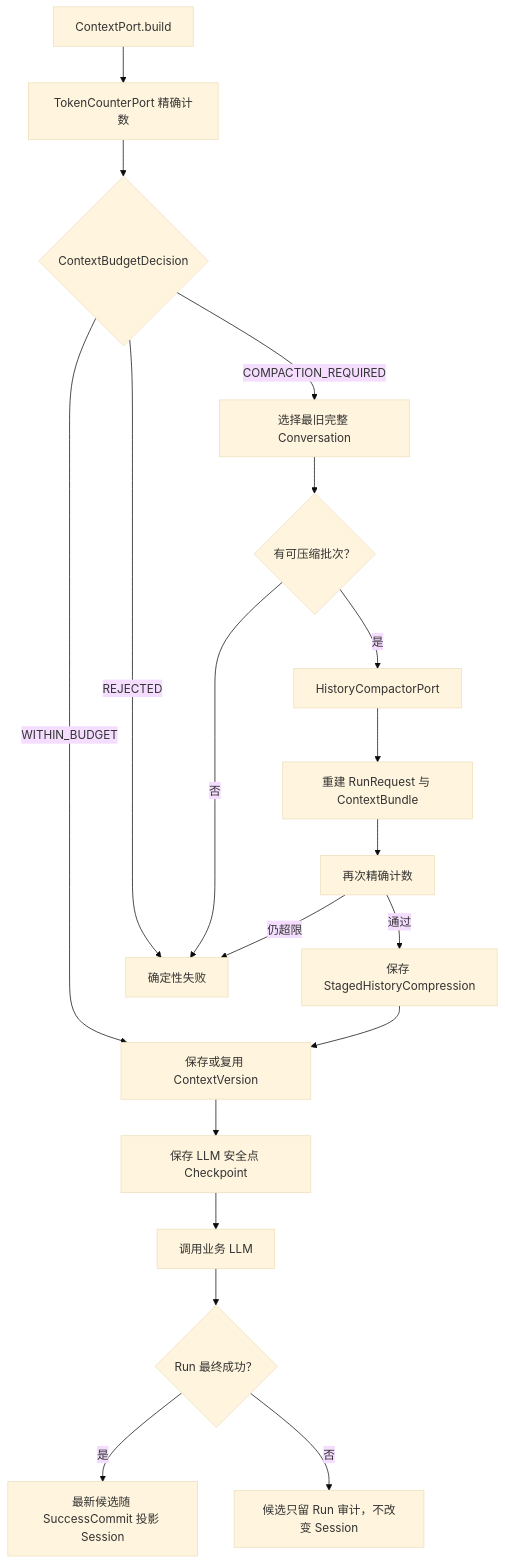
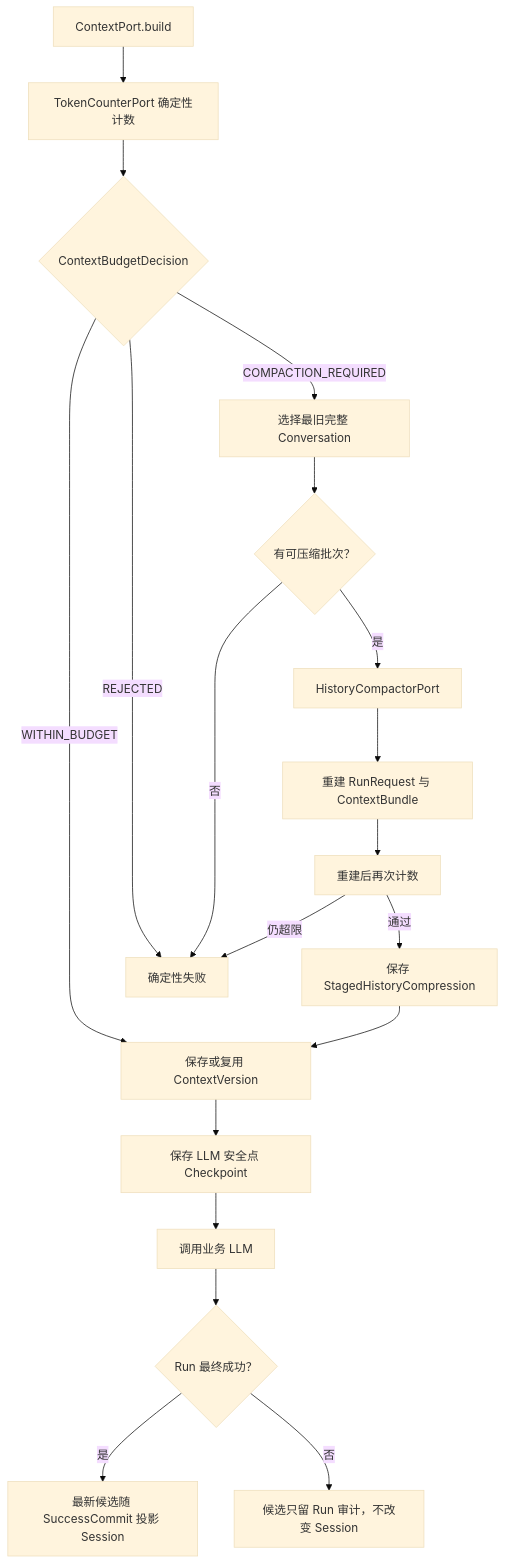
The ninth of 14 diagrams in docs/wiki/Runtime 模块总体说明.md (aandbcct/dotClaw), drawn with Mermaid (base theme) before and after one commit. The commit also changed other lines of this file and 8 other files, not shown here.

````diff
--- a/docs/wiki/Runtime 模块总体说明.md
+++ b/docs/wiki/Runtime 模块总体说明.md
@@ -1337,24 +1337,24 @@
 ```mermaid
 flowchart TD
-    Build["ContextPort.build"] --> Count["TokenCounterPort 精确计数"]
+    Build["ContextPort.build"] --> Count["TokenCounterPort 确定性计数"]
     Count --> Decision{"ContextBudgetDecision"}
 
     Decision -->|WITHIN_BUDGET| Version["保存或复用 ContextVersion"]
     Decision -->|REJECTED| Fail["确定性失败"]
     Decision -->|COMPACTION_REQUIRED| Select["选择最旧完整 Conversation"]
 
     Select --> Available{"有可压缩批次？"}
     Available -->|否| Fail
     Available -->|是| Compact["HistoryCompactorPort"]
     Compact --> Rebuild["重建 RunRequest 与 ContextBundle"]
-    Rebuild --> Recount["再次精确计数"]
+    Rebuild --> Recount["重建后再次计数"]
     Recount -->|仍超限| Fail
     Recount -->|通过| Stage["保存 StagedHistoryCompression"]
     Stage --> Version
 
     Version --> Checkpoint["保存 LLM 安全点 Checkpoint"]
     Checkpoint --> LLM["调用业务 LLM"]
     LLM --> Success{"Run 最终成功？"}
     Success -->|是| Commit["最新候选随 SuccessCommit 投影 Session"]
     Success -->|否| KeepAudit["候选只留 Run 审计，不改变 Session"]
 ```
````
